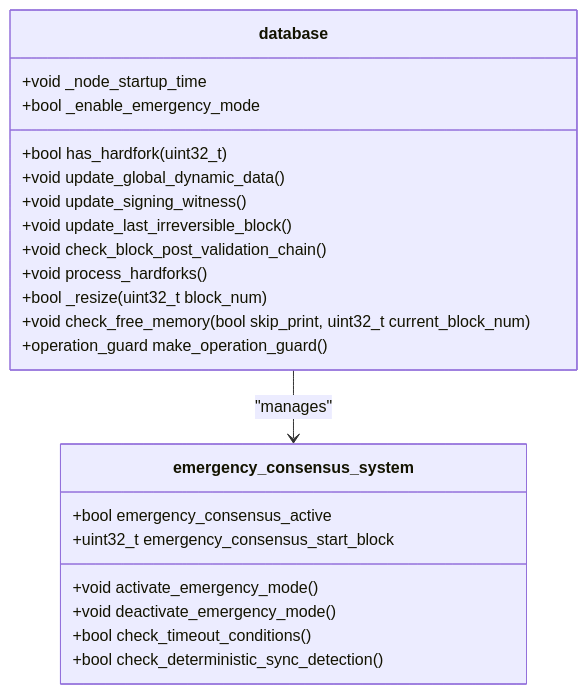
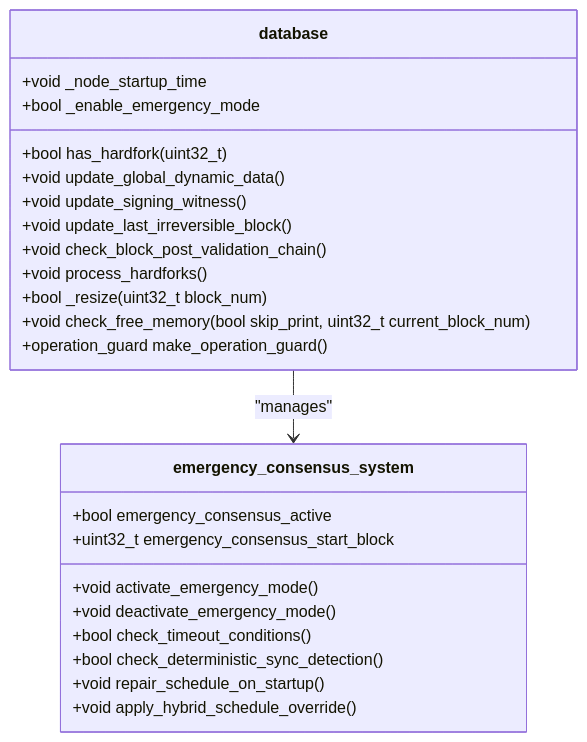
Before and after one commit to VIZ-Blockchain/viz-cpp-node: the ninth of 9 diagrams in .qoder/repowiki/en/content/Core Libraries/Emergency Consensus System.md, drawn with Mermaid. The commit also changed other lines of this file and 7 other files, not shown here.

````diff
--- a/.qoder/repowiki/en/content/Core Libraries/Emergency Consensus System.md
+++ b/.qoder/repowiki/en/content/Core Libraries/Emergency Consensus System.md
@@ -491,25 +522,27 @@
 ```mermaid
 classDiagram
 class database {
 +bool has_hardfork(uint32_t)
 +void update_global_dynamic_data()
 +void update_signing_witness()
 +void update_last_irreversible_block()
 +void check_block_post_validation_chain()
 +void process_hardforks()
 +bool _resize(uint32_t block_num)
 +void check_free_memory(bool skip_print, uint32_t current_block_num)
 +operation_guard make_operation_guard()
 +void _node_startup_time
 +bool _enable_emergency_mode
 }
 class emergency_consensus_system {
 +bool emergency_consensus_active
 +uint32_t emergency_consensus_start_block
 +void activate_emergency_mode()
 +void deactivate_emergency_mode()
 +bool check_timeout_conditions()
 +bool check_deterministic_sync_detection()
++void repair_schedule_on_startup()
++void apply_hybrid_schedule_override()
 }
 database --> emergency_consensus_system : "manages"
 ```
````
